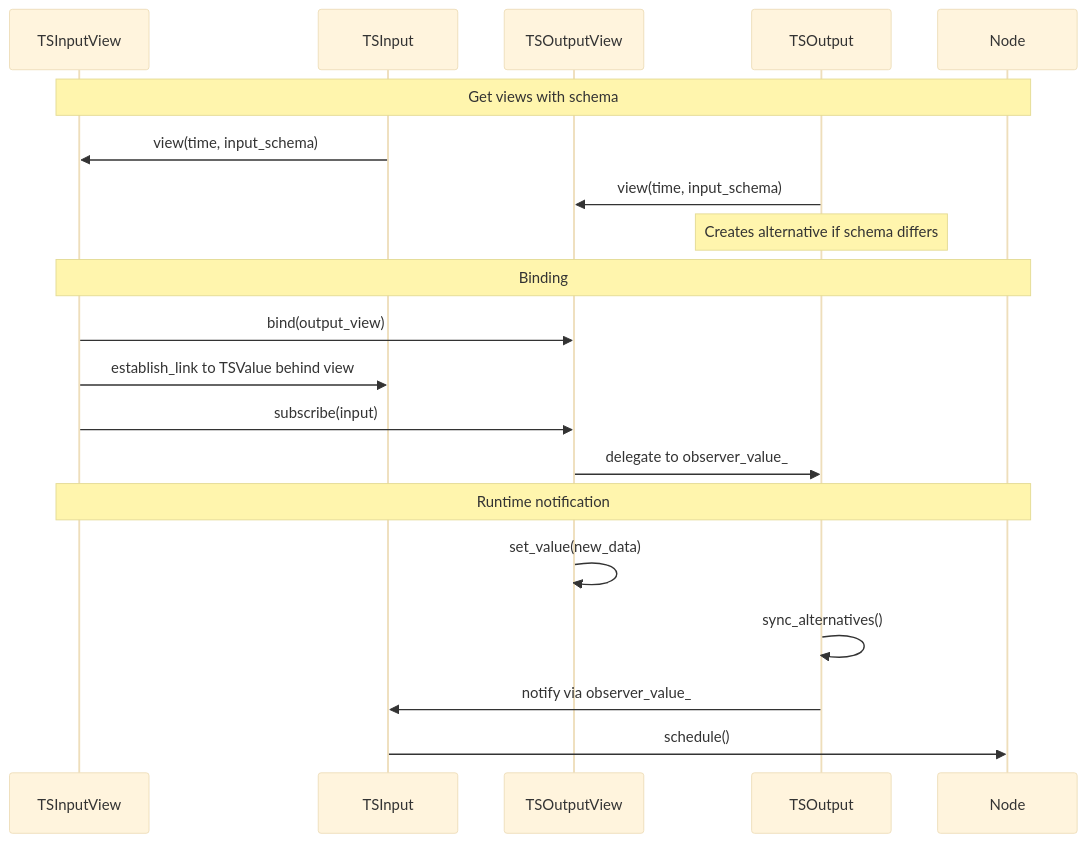
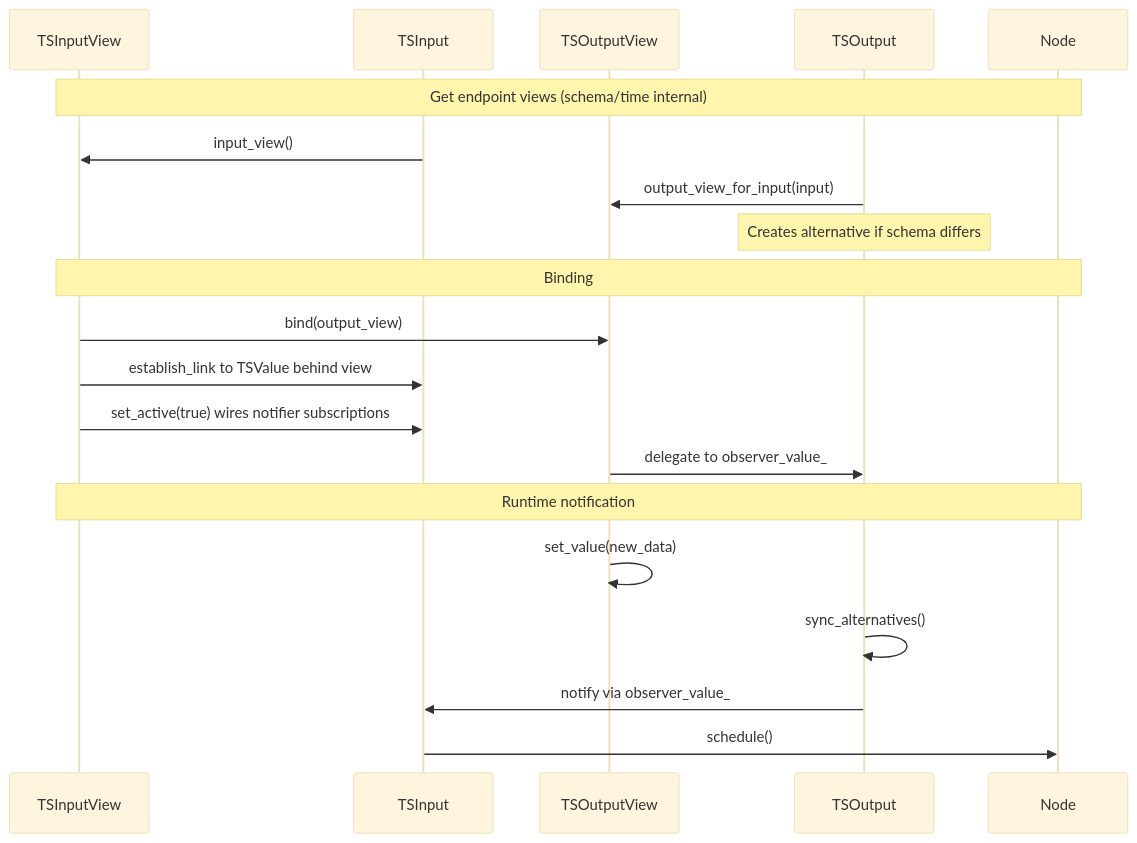
The second of 8 diagrams in ts_value_v2601/user_guide/05_TSOUTPUT_TSINPUT.md (hhenson/hgraph), drawn with Mermaid (base theme) before and after one commit. The commit also changed other lines of this file and 1 other file, not shown here.

````diff
--- a/ts_value_v2601/user_guide/05_TSOUTPUT_TSINPUT.md
+++ b/ts_value_v2601/user_guide/05_TSOUTPUT_TSINPUT.md
@@ -976,25 +839,25 @@
 ```mermaid
 sequenceDiagram
     participant IV as TSInputView
     participant I as TSInput
     participant OV as TSOutputView
     participant O as TSOutput
     participant N as Node
 
-    Note over IV,N: Get views with schema
-    I->>IV: view(time, input_schema)
-    O->>OV: view(time, input_schema)
+    Note over IV,N: Get endpoint views (schema/time internal)
+    I->>IV: input_view()
+    O->>OV: output_view_for_input(input)
     Note over O: Creates alternative if schema differs
 
     Note over IV,N: Binding
     IV->>OV: bind(output_view)
     IV->>I: establish_link to TSValue behind view
-    IV->>OV: subscribe(input)
+    IV->>I: set_active(true) wires notifier subscriptions
     OV->>O: delegate to observer_value_
 
     Note over IV,N: Runtime notification
     OV->>OV: set_value(new_data)
     O->>O: sync_alternatives()
     O->>I: notify via observer_value_
     I->>N: schedule()
 ```
````
